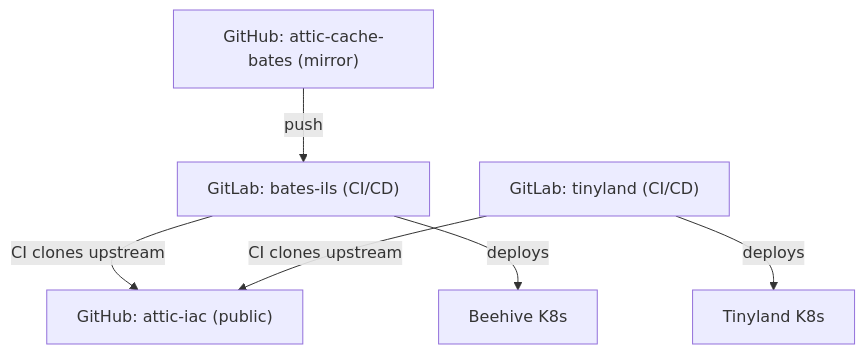
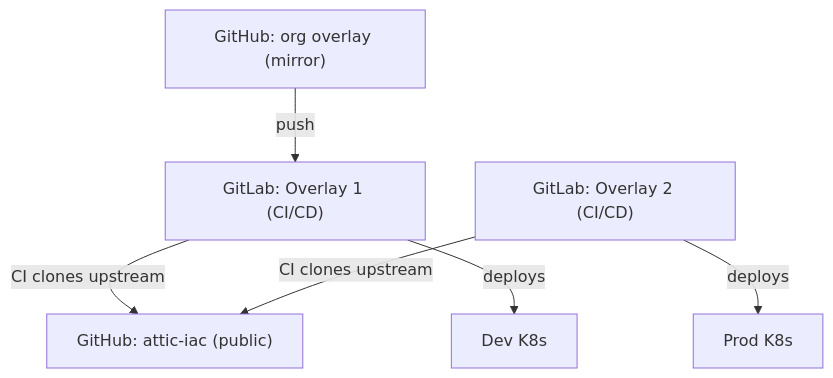
One commit to Jesssullivan/GloriousFlywheel changed the diagram in docs/architecture/multi-repo-layout.md. Above: the diagram before and after it, drawn with Mermaid. The commit also changed other lines of this file and 36 other files, not shown here.

````diff
--- a/docs/architecture/multi-repo-layout.md
+++ b/docs/architecture/multi-repo-layout.md
@@ -13,14 +13,14 @@
 ```mermaid
 graph TB
     GH["GitHub: attic-iac (public)"]
-    GL_B["GitLab: bates-ils (CI/CD)"]
-    GL_T["GitLab: tinyland (CI/CD)"]
-    GH_M["GitHub: attic-cache-bates (mirror)"]
-    BH["Beehive K8s"]
-    TL["Tinyland K8s"]
-    GH_M -->|push| GL_B
-    GL_B -->|"CI clones upstream"| GH
-    GL_T -->|"CI clones upstream"| GH
-    GL_B -->|deploys| BH
-    GL_T -->|deploys| TL
+    GL_O1["GitLab: Overlay 1 (CI/CD)"]
+    GL_O2["GitLab: Overlay 2 (CI/CD)"]
+    GH_M["GitHub: org overlay (mirror)"]
+    DC["Dev K8s"]
+    PC["Prod K8s"]
+    GH_M -->|push| GL_O1
+    GL_O1 -->|"CI clones upstream"| GH
+    GL_O2 -->|"CI clones upstream"| GH
+    GL_O1 -->|deploys| DC
+    GL_O2 -->|deploys| PC
 ```
````
